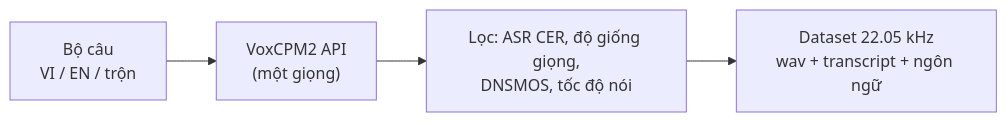
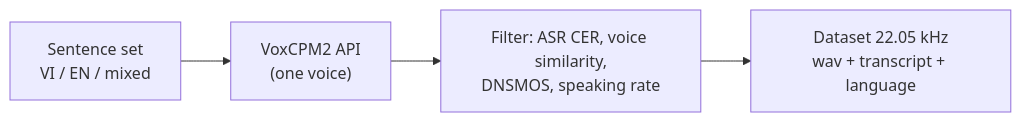
Before and after one commit to tuanpmt/vtts: the third of 3 diagrams in docs/design/specs/2026-11-16-bilingual-vi-en-design.md, drawn with Mermaid. The commit also changed other lines of this file and 6 other files, not shown here.

````diff
--- a/docs/design/specs/2026-11-16-bilingual-vi-en-design.md
+++ b/docs/design/specs/2026-11-16-bilingual-vi-en-design.md
@@ -130,6 +130,6 @@
 ```mermaid
 flowchart LR
-    C["Bộ câu<br/>VI / EN / trộn"] --> A["VoxCPM2 API<br/>(một giọng)"]
-    A --> F["Lọc: ASR CER, độ giống giọng,<br/>DNSMOS, tốc độ nói"]
-    F --> D["Dataset 22.05 kHz<br/>wav + transcript + ngôn ngữ"]
+    C["Sentence set<br/>VI / EN / mixed"] --> A["VoxCPM2 API<br/>(one voice)"]
+    A --> F["Filter: ASR CER, voice similarity,<br/>DNSMOS, speaking rate"]
+    F --> D["Dataset 22.05 kHz<br/>wav + transcript + language"]
 ```
````
